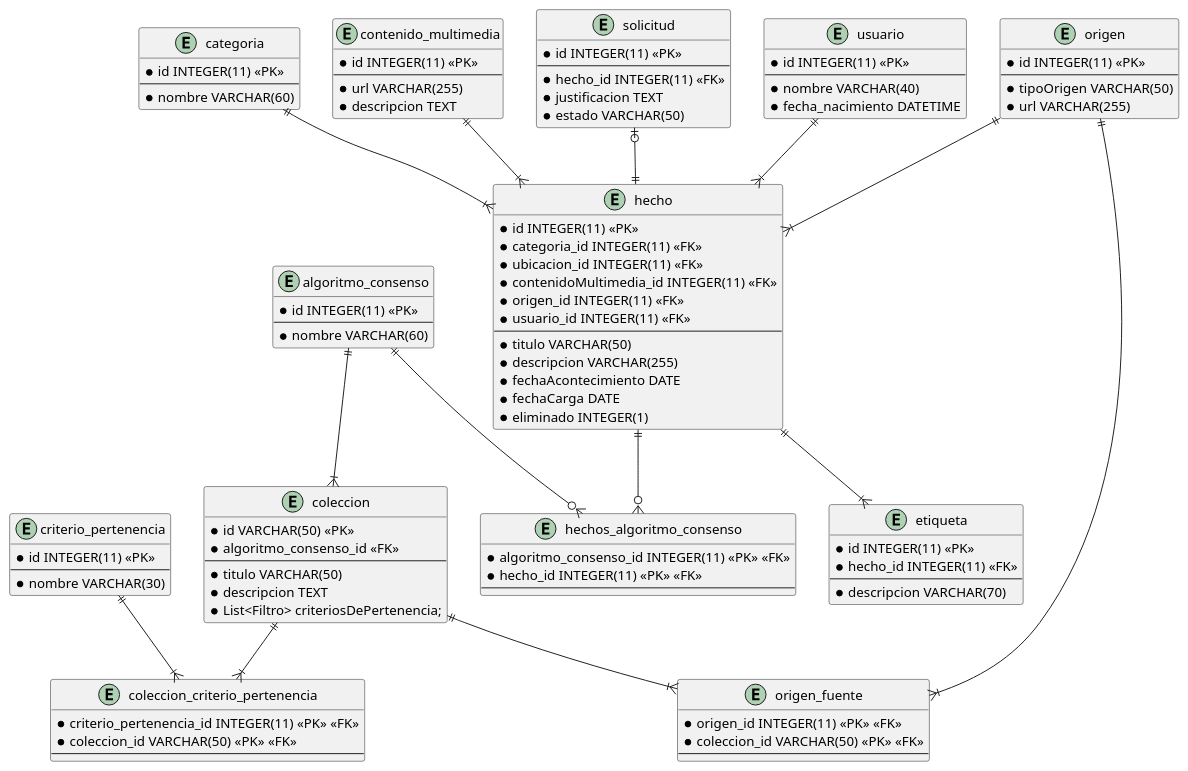
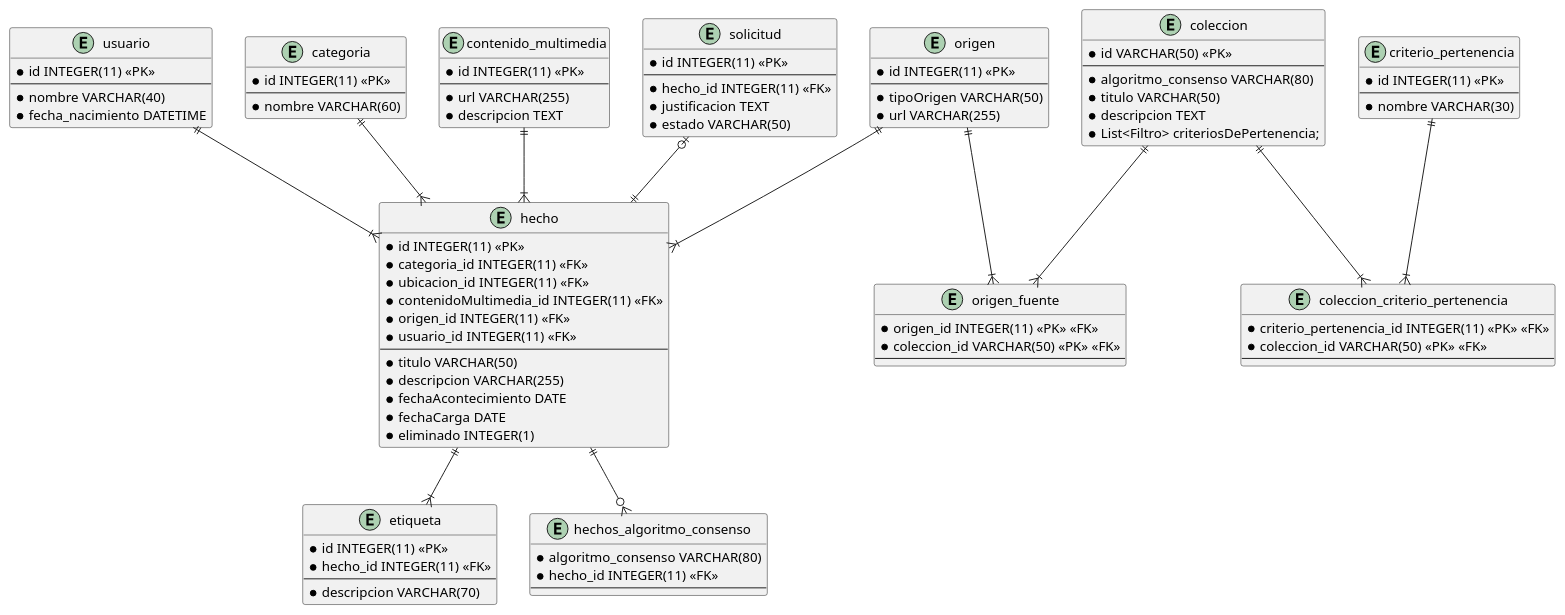
One commit to valenap-utn/metamapa-utn-2025 changed the diagram in entregables/entrega-4/modelosDeDatos/servicioAgregadorDER.puml. Above: the diagram before and after it, drawn with PlantUML. The commit also changed 36 other files, not shown here.

```diff
--- a/entregables/entrega-4/modelosDeDatos/servicioAgregadorDER.puml
+++ b/entregables/entrega-4/modelosDeDatos/servicioAgregadorDER.puml
@@ -1,121 +1,115 @@
 @startuml
 'https://plantuml.com/class-diagram
 
 entity hecho {
     * id INTEGER(11) <<PK>>
     * categoria_id INTEGER(11) <<FK>>
     * ubicacion_id INTEGER(11) <<FK>>
     * contenidoMultimedia_id INTEGER(11) <<FK>>
     * origen_id INTEGER(11) <<FK>>
     * usuario_id INTEGER(11) <<FK>>
     --
     * titulo VARCHAR(50)
     * descripcion VARCHAR(255)
     * fechaAcontecimiento DATE
     * fechaCarga DATE
     * eliminado INTEGER(1)
 }
 
 entity etiqueta {
     * id INTEGER(11) <<PK>>
     * hecho_id INTEGER(11) <<FK>>
     --
     * descripcion VARCHAR(70)
 }
 
 
 entity usuario {
     * id INTEGER(11) <<PK>>
     --
     * nombre VARCHAR(40)
     * fecha_nacimiento DATETIME
 }
 
 
 
 entity hechos_algoritmo_consenso {
-    * algoritmo_consenso_id INTEGER(11) <<PK>> <<FK>>
-    * hecho_id INTEGER(11) <<PK>> <<FK>>
+    * algoritmo_consenso VARCHAR(80)
+    * hecho_id INTEGER(11) <<FK>>
     --
 }
 
 
 
-entity algoritmo_consenso {
-    * id INTEGER(11) <<PK>>
-    --
-    * nombre VARCHAR(60)
-}
+
 
 entity categoria {
     * id INTEGER(11) <<PK>>
     --
     * nombre VARCHAR(60)
 }
 
 entity origen{
     * id INTEGER(11) <<PK>>
     --
     * tipoOrigen VARCHAR(50)
     * url VARCHAR(255)
 }
 
 entity coleccion {
     * id VARCHAR(50) <<PK>>
-    * algoritmo_consenso_id <<FK>>
     --
+    * algoritmo_consenso VARCHAR(80)
     * titulo VARCHAR(50)
     * descripcion TEXT
     * List<Filtro> criteriosDePertenencia;
 }
 
 entity coleccion_criterio_pertenencia {
     * criterio_pertenencia_id INTEGER(11) <<PK>> <<FK>>
     * coleccion_id VARCHAR(50) <<PK>> <<FK>>
     --
 }
 
 entity criterio_pertenencia {
     * id INTEGER(11) <<PK>>
     --
     * nombre VARCHAR(30)
 }
 
 
 
 entity origen_fuente {
     * origen_id INTEGER(11) <<PK>> <<FK>>
     * coleccion_id VARCHAR(50) <<PK>> <<FK>>
     --
 }
 
 entity contenido_multimedia {
     * id INTEGER(11) <<PK>>
     --
     * url VARCHAR(255)
     * descripcion TEXT
 }
 
 usuario ||--|{ hecho
 hecho ||--|{ etiqueta
 categoria ||--|{ hecho
 origen ||--|{ hecho
 hecho ||--o{ hechos_algoritmo_consenso
-algoritmo_consenso ||--o{ hechos_algoritmo_consenso
 coleccion ||--|{ origen_fuente
 origen ||--|{ origen_fuente
 coleccion ||--|{ coleccion_criterio_pertenencia
 criterio_pertenencia ||--|{ coleccion_criterio_pertenencia
-algoritmo_consenso ||--|{ coleccion
 contenido_multimedia ||--|{ hecho
 
 entity solicitud {
     * id INTEGER(11) <<PK>>
     --
     * hecho_id INTEGER(11) <<FK>>
     * justificacion TEXT
     * estado VARCHAR(50)
 }
 
 solicitud |o--|| hecho
 @enduml
```
